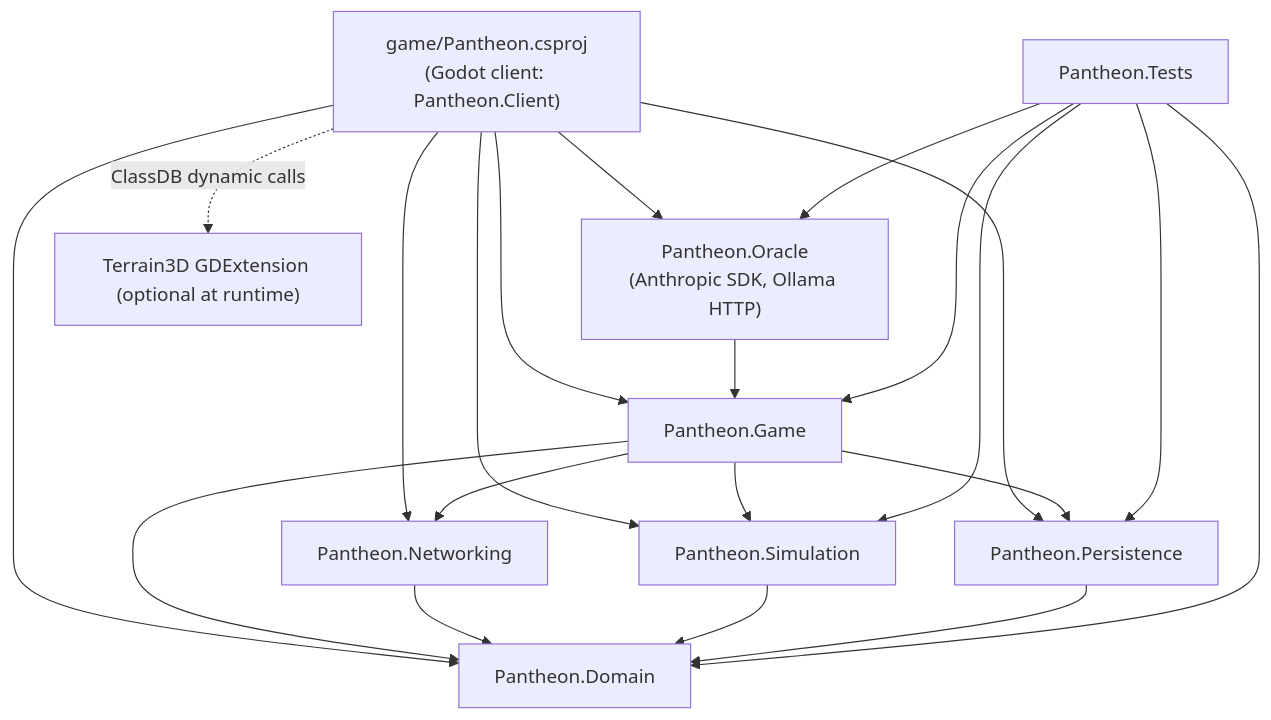
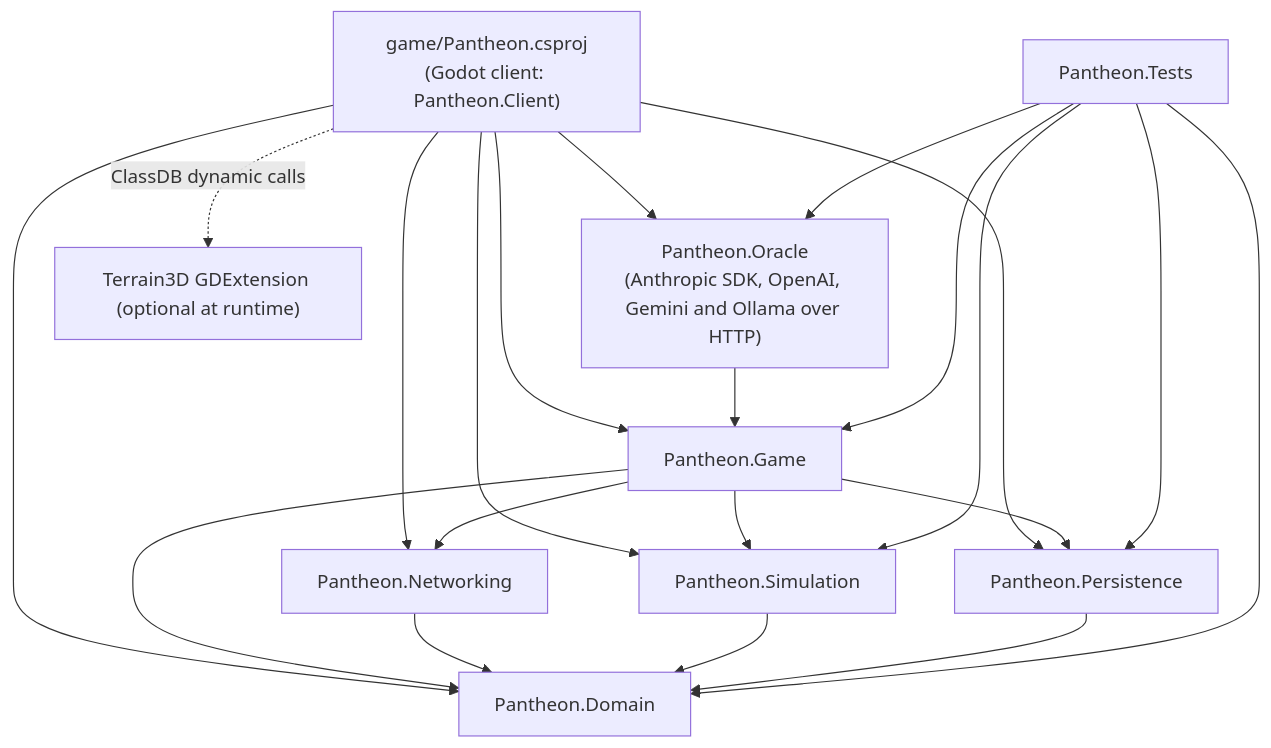
Before and after one commit to roeyazroel/pantheon: the first of 36 diagrams in docs/ARCHITECTURE.md, drawn with Mermaid. The commit also changed other lines of this file and 22 other files, not shown here.

First line of the commit message:
Milestone 15, part 46 (OpenAI and Gemini as the gods' minds): §47, §65

````diff
--- a/docs/ARCHITECTURE.md
+++ b/docs/ARCHITECTURE.md
@@ -90,33 +91,33 @@
 ```mermaid
 graph TD
     Client["game/Pantheon.csproj<br/>(Godot client: Pantheon.Client)"]
     Game["Pantheon.Game"]
     Sim["Pantheon.Simulation"]
     Persist["Pantheon.Persistence"]
     Domain["Pantheon.Domain"]
     Net["Pantheon.Networking"]
-    Oracle["Pantheon.Oracle<br/>(Anthropic SDK, Ollama HTTP)"]
+    Oracle["Pantheon.Oracle<br/>(Anthropic SDK, OpenAI, Gemini and Ollama over HTTP)"]
     Tests["Pantheon.Tests"]
     T3D["Terrain3D GDExtension (optional at runtime)"]
 
     Client --> Game
     Client --> Sim
     Client --> Persist
     Client --> Domain
     Client --> Net
     Client --> Oracle
     Oracle --> Game
     Client -. "ClassDB dynamic calls" .-> T3D
     Game --> Sim
     Game --> Persist
     Game --> Domain
     Game --> Net
     Net --> Domain
     Sim --> Domain
     Persist --> Domain
     Tests --> Game
     Tests --> Sim
     Tests --> Persist
     Tests --> Domain
     Tests --> Oracle
 ```
````
